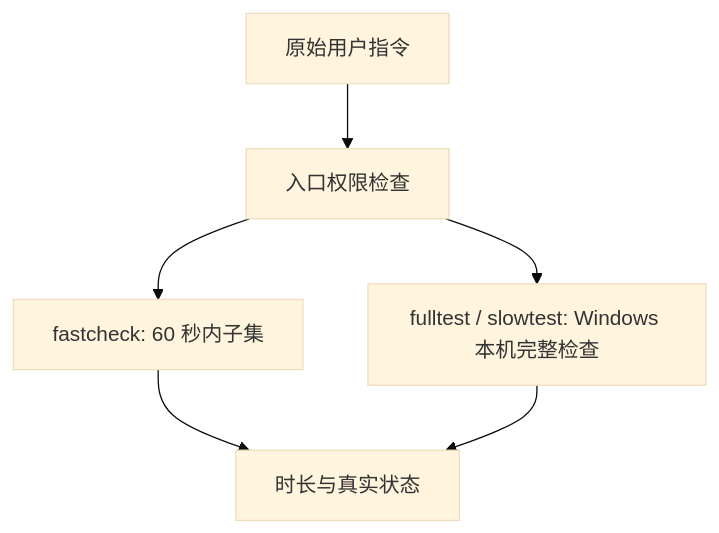
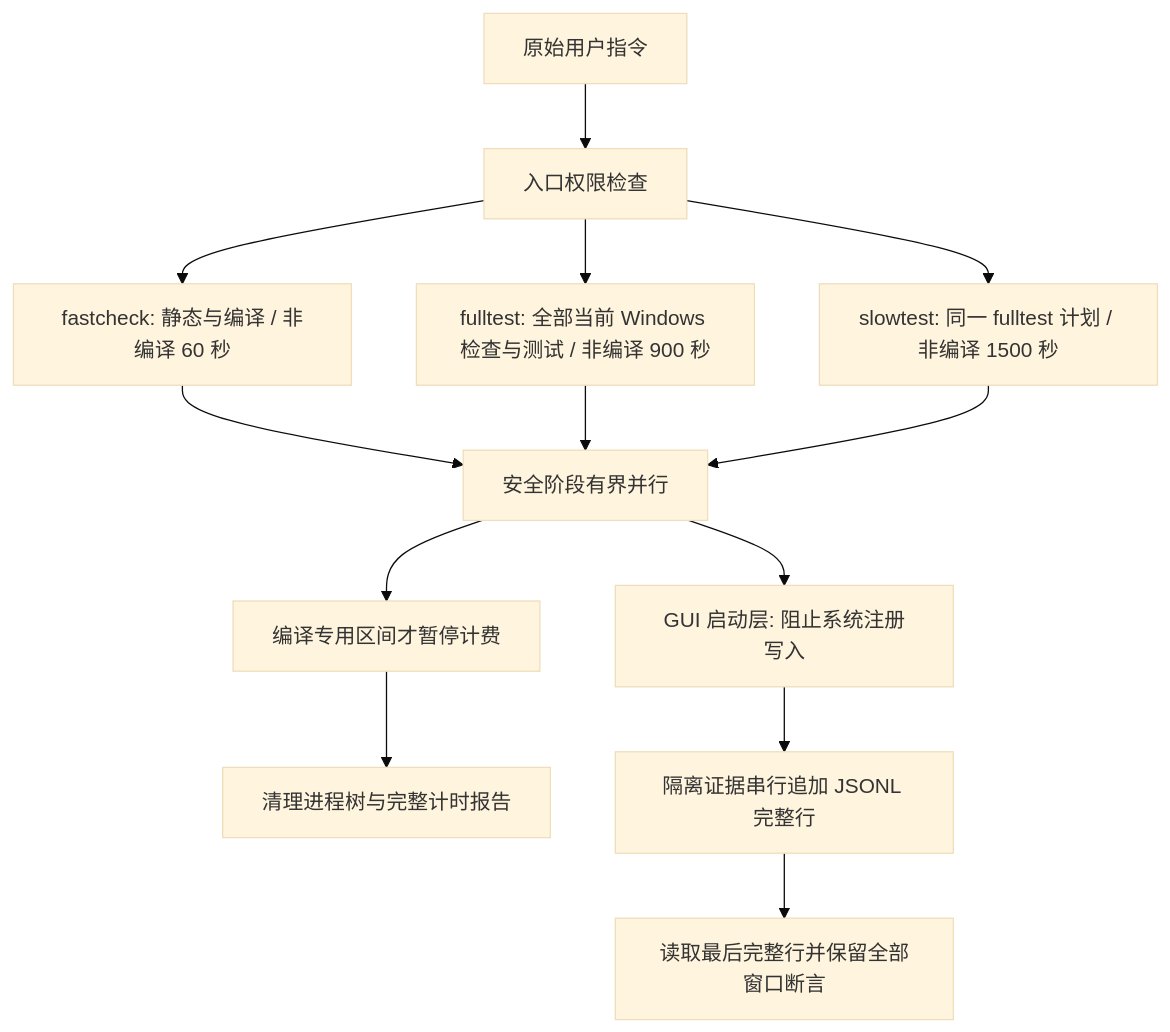
One commit to jchanghong023/OmpCode changed the diagram in docs/requirements/test-gates.md. Above: the diagram before and after it, drawn with Mermaid (base theme). The commit also changed other lines of this file and 189 other files, not shown here.

````diff
--- a/docs/requirements/test-gates.md
+++ b/docs/requirements/test-gates.md
@@ -14,8 +19,15 @@
 ```mermaid
 flowchart TD
   A[原始用户指令] --> B[入口权限检查]
-  B --> C[fastcheck: 60 秒内子集]
-  B --> D[fulltest / slowtest: Windows 本机完整检查]
-  C --> G[时长与真实状态]
-  D --> G
+  B --> C[fastcheck: 静态与编译 / 非编译 60 秒]
+  B --> D[fulltest: 全部当前 Windows 检查与测试 / 非编译 900 秒]
+  B --> E[slowtest: 同一 fulltest 计划 / 非编译 1500 秒]
+  C --> F[安全阶段有界并行]
+  D --> F
+  E --> F
+  F --> H[编译专用区间才暂停计费]
+  H --> G[清理进程树与完整计时报告]
+  F --> I[GUI 启动层: 阻止系统注册写入]
+  I --> J[隔离证据串行追加 JSONL 完整行]
+  J --> K[读取最后完整行并保留全部窗口断言]
 ```
````
